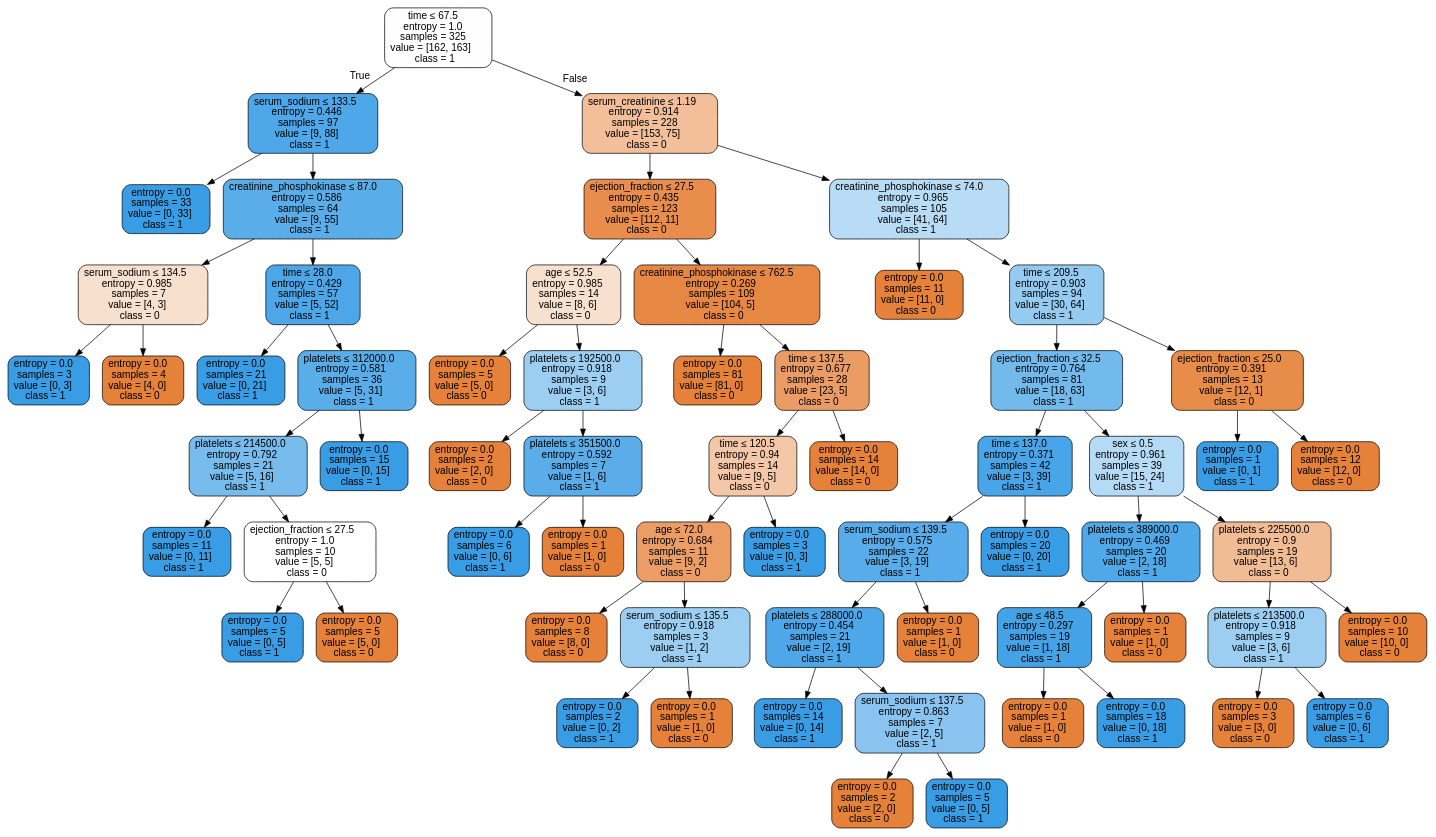
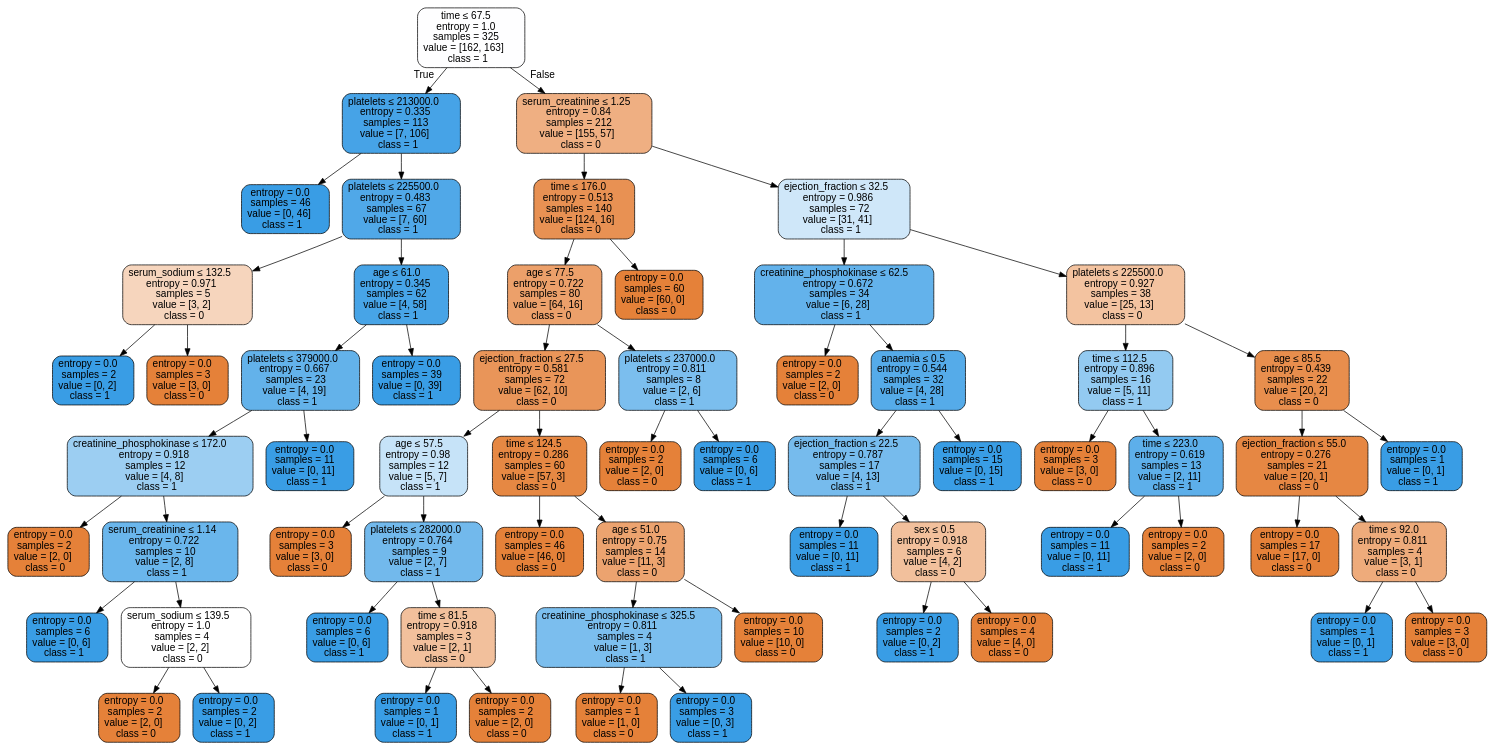
One commit to isabelSoares/CD-2021 changed the diagram in Labs/NewClassifiers/Results/DecisionTrees/SMOTE/ - No Outliers/HFCR - SMOTE - dtree.dot. Above: the diagram before and after it, drawn with Graphviz. The commit also changed 206 other files, not shown here.

```diff
--- a/Labs/NewClassifiers/Results/DecisionTrees/SMOTE/ - No Outliers/HFCR - SMOTE - dtree.dot
+++ b/Labs/NewClassifiers/Results/DecisionTrees/SMOTE/ - No Outliers/HFCR - SMOTE - dtree.dot
@@ -2,128 +2,128 @@
 node [shape=box, style="filled, rounded", color="black", fontname=helvetica] ;
 edge [fontname=helvetica] ;
 0 [label=<time &le; 67.5<br/>entropy = 1.0<br/>samples = 325<br/>value = [162, 163]<br/>class = 1>, fillcolor="#fefeff"] ;
-1 [label=<serum_sodium &le; 133.5<br/>entropy = 0.446<br/>samples = 97<br/>value = [9, 88]<br/>class = 1>, fillcolor="#4da7e8"] ;
+1 [label=<platelets &le; 213000.0<br/>entropy = 0.335<br/>samples = 113<br/>value = [7, 106]<br/>class = 1>, fillcolor="#46a3e7"] ;
 0 -> 1 [labeldistance=2.5, labelangle=45, headlabel="True"] ;
-2 [label=<entropy = 0.0<br/>samples = 33<br/>value = [0, 33]<br/>class = 1>, fillcolor="#399de5"] ;
+2 [label=<entropy = 0.0<br/>samples = 46<br/>value = [0, 46]<br/>class = 1>, fillcolor="#399de5"] ;
 1 -> 2 ;
-3 [label=<creatinine_phosphokinase &le; 87.0<br/>entropy = 0.586<br/>samples = 64<br/>value = [9, 55]<br/>class = 1>, fillcolor="#59ade9"] ;
+3 [label=<platelets &le; 225500.0<br/>entropy = 0.483<br/>samples = 67<br/>value = [7, 60]<br/>class = 1>, fillcolor="#50a8e8"] ;
 1 -> 3 ;
-4 [label=<serum_sodium &le; 134.5<br/>entropy = 0.985<br/>samples = 7<br/>value = [4, 3]<br/>class = 0>, fillcolor="#f8e0ce"] ;
+4 [label=<serum_sodium &le; 132.5<br/>entropy = 0.971<br/>samples = 5<br/>value = [3, 2]<br/>class = 0>, fillcolor="#f6d5bd"] ;
 3 -> 4 ;
-5 [label=<entropy = 0.0<br/>samples = 3<br/>value = [0, 3]<br/>class = 1>, fillcolor="#399de5"] ;
+5 [label=<entropy = 0.0<br/>samples = 2<br/>value = [0, 2]<br/>class = 1>, fillcolor="#399de5"] ;
 4 -> 5 ;
-6 [label=<entropy = 0.0<br/>samples = 4<br/>value = [4, 0]<br/>class = 0>, fillcolor="#e58139"] ;
+6 [label=<entropy = 0.0<br/>samples = 3<br/>value = [3, 0]<br/>class = 0>, fillcolor="#e58139"] ;
 4 -> 6 ;
-7 [label=<time &le; 28.0<br/>entropy = 0.429<br/>samples = 57<br/>value = [5, 52]<br/>class = 1>, fillcolor="#4ca6e8"] ;
+7 [label=<age &le; 61.0<br/>entropy = 0.345<br/>samples = 62<br/>value = [4, 58]<br/>class = 1>, fillcolor="#47a4e7"] ;
 3 -> 7 ;
-8 [label=<entropy = 0.0<br/>samples = 21<br/>value = [0, 21]<br/>class = 1>, fillcolor="#399de5"] ;
+8 [label=<platelets &le; 379000.0<br/>entropy = 0.667<br/>samples = 23<br/>value = [4, 19]<br/>class = 1>, fillcolor="#63b2ea"] ;
 7 -> 8 ;
-9 [label=<platelets &le; 312000.0<br/>entropy = 0.581<br/>samples = 36<br/>value = [5, 31]<br/>class = 1>, fillcolor="#59ade9"] ;
-7 -> 9 ;
-10 [label=<platelets &le; 214500.0<br/>entropy = 0.792<br/>samples = 21<br/>value = [5, 16]<br/>class = 1>, fillcolor="#77bced"] ;
+9 [label=<creatinine_phosphokinase &le; 172.0<br/>entropy = 0.918<br/>samples = 12<br/>value = [4, 8]<br/>class = 1>, fillcolor="#9ccef2"] ;
+8 -> 9 ;
+10 [label=<entropy = 0.0<br/>samples = 2<br/>value = [2, 0]<br/>class = 0>, fillcolor="#e58139"] ;
 9 -> 10 ;
-11 [label=<entropy = 0.0<br/>samples = 11<br/>value = [0, 11]<br/>class = 1>, fillcolor="#399de5"] ;
-10 -> 11 ;
-12 [label=<ejection_fraction &le; 27.5<br/>entropy = 1.0<br/>samples = 10<br/>value = [5, 5]<br/>class = 0>, fillcolor="#ffffff"] ;
-10 -> 12 ;
-13 [label=<entropy = 0.0<br/>samples = 5<br/>value = [0, 5]<br/>class = 1>, fillcolor="#399de5"] ;
-12 -> 13 ;
-14 [label=<entropy = 0.0<br/>samples = 5<br/>value = [5, 0]<br/>class = 0>, fillcolor="#e58139"] ;
-12 -> 14 ;
-15 [label=<entropy = 0.0<br/>samples = 15<br/>value = [0, 15]<br/>class = 1>, fillcolor="#399de5"] ;
-9 -> 15 ;
-16 [label=<serum_creatinine &le; 1.19<br/>entropy = 0.914<br/>samples = 228<br/>value = [153, 75]<br/>class = 0>, fillcolor="#f2bf9a"] ;
-0 -> 16 [labeldistance=2.5, labelangle=-45, headlabel="False"] ;
-17 [label=<ejection_fraction &le; 27.5<br/>entropy = 0.435<br/>samples = 123<br/>value = [112, 11]<br/>class = 0>, fillcolor="#e88d4c"] ;
-16 -> 17 ;
-18 [label=<age &le; 52.5<br/>entropy = 0.985<br/>samples = 14<br/>value = [8, 6]<br/>class = 0>, fillcolor="#f8e0ce"] ;
-17 -> 18 ;
-19 [label=<entropy = 0.0<br/>samples = 5<br/>value = [5, 0]<br/>class = 0>, fillcolor="#e58139"] ;
+11 [label=<serum_creatinine &le; 1.14<br/>entropy = 0.722<br/>samples = 10<br/>value = [2, 8]<br/>class = 1>, fillcolor="#6ab6ec"] ;
+9 -> 11 ;
+12 [label=<entropy = 0.0<br/>samples = 6<br/>value = [0, 6]<br/>class = 1>, fillcolor="#399de5"] ;
+11 -> 12 ;
+13 [label=<serum_sodium &le; 139.5<br/>entropy = 1.0<br/>samples = 4<br/>value = [2, 2]<br/>class = 0>, fillcolor="#ffffff"] ;
+11 -> 13 ;
+14 [label=<entropy = 0.0<br/>samples = 2<br/>value = [2, 0]<br/>class = 0>, fillcolor="#e58139"] ;
+13 -> 14 ;
+15 [label=<entropy = 0.0<br/>samples = 2<br/>value = [0, 2]<br/>class = 1>, fillcolor="#399de5"] ;
+13 -> 15 ;
+16 [label=<entropy = 0.0<br/>samples = 11<br/>value = [0, 11]<br/>class = 1>, fillcolor="#399de5"] ;
+8 -> 16 ;
+17 [label=<entropy = 0.0<br/>samples = 39<br/>value = [0, 39]<br/>class = 1>, fillcolor="#399de5"] ;
+7 -> 17 ;
+18 [label=<serum_creatinine &le; 1.25<br/>entropy = 0.84<br/>samples = 212<br/>value = [155, 57]<br/>class = 0>, fillcolor="#efaf82"] ;
+0 -> 18 [labeldistance=2.5, labelangle=-45, headlabel="False"] ;
+19 [label=<time &le; 176.0<br/>entropy = 0.513<br/>samples = 140<br/>value = [124, 16]<br/>class = 0>, fillcolor="#e89153"] ;
 18 -> 19 ;
-20 [label=<platelets &le; 192500.0<br/>entropy = 0.918<br/>samples = 9<br/>value = [3, 6]<br/>class = 1>, fillcolor="#9ccef2"] ;
-18 -> 20 ;
-21 [label=<entropy = 0.0<br/>samples = 2<br/>value = [2, 0]<br/>class = 0>, fillcolor="#e58139"] ;
+20 [label=<age &le; 77.5<br/>entropy = 0.722<br/>samples = 80<br/>value = [64, 16]<br/>class = 0>, fillcolor="#eca06a"] ;
+19 -> 20 ;
+21 [label=<ejection_fraction &le; 27.5<br/>entropy = 0.581<br/>samples = 72<br/>value = [62, 10]<br/>class = 0>, fillcolor="#e99559"] ;
 20 -> 21 ;
-22 [label=<platelets &le; 351500.0<br/>entropy = 0.592<br/>samples = 7<br/>value = [1, 6]<br/>class = 1>, fillcolor="#5aade9"] ;
-20 -> 22 ;
-23 [label=<entropy = 0.0<br/>samples = 6<br/>value = [0, 6]<br/>class = 1>, fillcolor="#399de5"] ;
+22 [label=<age &le; 57.5<br/>entropy = 0.98<br/>samples = 12<br/>value = [5, 7]<br/>class = 1>, fillcolor="#c6e3f8"] ;
+21 -> 22 ;
+23 [label=<entropy = 0.0<br/>samples = 3<br/>value = [3, 0]<br/>class = 0>, fillcolor="#e58139"] ;
 22 -> 23 ;
-24 [label=<entropy = 0.0<br/>samples = 1<br/>value = [1, 0]<br/>class = 0>, fillcolor="#e58139"] ;
+24 [label=<platelets &le; 282000.0<br/>entropy = 0.764<br/>samples = 9<br/>value = [2, 7]<br/>class = 1>, fillcolor="#72b9ec"] ;
 22 -> 24 ;
-25 [label=<creatinine_phosphokinase &le; 762.5<br/>entropy = 0.269<br/>samples = 109<br/>value = [104, 5]<br/>class = 0>, fillcolor="#e68743"] ;
-17 -> 25 ;
-26 [label=<entropy = 0.0<br/>samples = 81<br/>value = [81, 0]<br/>class = 0>, fillcolor="#e58139"] ;
-25 -> 26 ;
-27 [label=<time &le; 137.5<br/>entropy = 0.677<br/>samples = 28<br/>value = [23, 5]<br/>class = 0>, fillcolor="#eb9c64"] ;
-25 -> 27 ;
-28 [label=<time &le; 120.5<br/>entropy = 0.94<br/>samples = 14<br/>value = [9, 5]<br/>class = 0>, fillcolor="#f3c7a7"] ;
-27 -> 28 ;
-29 [label=<age &le; 72.0<br/>entropy = 0.684<br/>samples = 11<br/>value = [9, 2]<br/>class = 0>, fillcolor="#eb9d65"] ;
-28 -> 29 ;
-30 [label=<entropy = 0.0<br/>samples = 8<br/>value = [8, 0]<br/>class = 0>, fillcolor="#e58139"] ;
+25 [label=<entropy = 0.0<br/>samples = 6<br/>value = [0, 6]<br/>class = 1>, fillcolor="#399de5"] ;
+24 -> 25 ;
+26 [label=<time &le; 81.5<br/>entropy = 0.918<br/>samples = 3<br/>value = [2, 1]<br/>class = 0>, fillcolor="#f2c09c"] ;
+24 -> 26 ;
+27 [label=<entropy = 0.0<br/>samples = 1<br/>value = [0, 1]<br/>class = 1>, fillcolor="#399de5"] ;
+26 -> 27 ;
+28 [label=<entropy = 0.0<br/>samples = 2<br/>value = [2, 0]<br/>class = 0>, fillcolor="#e58139"] ;
+26 -> 28 ;
+29 [label=<time &le; 124.5<br/>entropy = 0.286<br/>samples = 60<br/>value = [57, 3]<br/>class = 0>, fillcolor="#e68843"] ;
+21 -> 29 ;
+30 [label=<entropy = 0.0<br/>samples = 46<br/>value = [46, 0]<br/>class = 0>, fillcolor="#e58139"] ;
 29 -> 30 ;
-31 [label=<serum_sodium &le; 135.5<br/>entropy = 0.918<br/>samples = 3<br/>value = [1, 2]<br/>class = 1>, fillcolor="#9ccef2"] ;
+31 [label=<age &le; 51.0<br/>entropy = 0.75<br/>samples = 14<br/>value = [11, 3]<br/>class = 0>, fillcolor="#eca36f"] ;
 29 -> 31 ;
-32 [label=<entropy = 0.0<br/>samples = 2<br/>value = [0, 2]<br/>class = 1>, fillcolor="#399de5"] ;
+32 [label=<creatinine_phosphokinase &le; 325.5<br/>entropy = 0.811<br/>samples = 4<br/>value = [1, 3]<br/>class = 1>, fillcolor="#7bbeee"] ;
 31 -> 32 ;
 33 [label=<entropy = 0.0<br/>samples = 1<br/>value = [1, 0]<br/>class = 0>, fillcolor="#e58139"] ;
-31 -> 33 ;
+32 -> 33 ;
 34 [label=<entropy = 0.0<br/>samples = 3<br/>value = [0, 3]<br/>class = 1>, fillcolor="#399de5"] ;
-28 -> 34 ;
-35 [label=<entropy = 0.0<br/>samples = 14<br/>value = [14, 0]<br/>class = 0>, fillcolor="#e58139"] ;
-27 -> 35 ;
-36 [label=<creatinine_phosphokinase &le; 74.0<br/>entropy = 0.965<br/>samples = 105<br/>value = [41, 64]<br/>class = 1>, fillcolor="#b8dcf6"] ;
-16 -> 36 ;
-37 [label=<entropy = 0.0<br/>samples = 11<br/>value = [11, 0]<br/>class = 0>, fillcolor="#e58139"] ;
+32 -> 34 ;
+35 [label=<entropy = 0.0<br/>samples = 10<br/>value = [10, 0]<br/>class = 0>, fillcolor="#e58139"] ;
+31 -> 35 ;
+36 [label=<platelets &le; 237000.0<br/>entropy = 0.811<br/>samples = 8<br/>value = [2, 6]<br/>class = 1>, fillcolor="#7bbeee"] ;
+20 -> 36 ;
+37 [label=<entropy = 0.0<br/>samples = 2<br/>value = [2, 0]<br/>class = 0>, fillcolor="#e58139"] ;
 36 -> 37 ;
-38 [label=<time &le; 209.5<br/>entropy = 0.903<br/>samples = 94<br/>value = [30, 64]<br/>class = 1>, fillcolor="#96cbf1"] ;
+38 [label=<entropy = 0.0<br/>samples = 6<br/>value = [0, 6]<br/>class = 1>, fillcolor="#399de5"] ;
 36 -> 38 ;
-39 [label=<ejection_fraction &le; 32.5<br/>entropy = 0.764<br/>samples = 81<br/>value = [18, 63]<br/>class = 1>, fillcolor="#72b9ec"] ;
-38 -> 39 ;
-40 [label=<time &le; 137.0<br/>entropy = 0.371<br/>samples = 42<br/>value = [3, 39]<br/>class = 1>, fillcolor="#48a5e7"] ;
-39 -> 40 ;
-41 [label=<serum_sodium &le; 139.5<br/>entropy = 0.575<br/>samples = 22<br/>value = [3, 19]<br/>class = 1>, fillcolor="#58ace9"] ;
+39 [label=<entropy = 0.0<br/>samples = 60<br/>value = [60, 0]<br/>class = 0>, fillcolor="#e58139"] ;
+19 -> 39 ;
+40 [label=<ejection_fraction &le; 32.5<br/>entropy = 0.986<br/>samples = 72<br/>value = [31, 41]<br/>class = 1>, fillcolor="#cfe7f9"] ;
+18 -> 40 ;
+41 [label=<creatinine_phosphokinase &le; 62.5<br/>entropy = 0.672<br/>samples = 34<br/>value = [6, 28]<br/>class = 1>, fillcolor="#63b2eb"] ;
 40 -> 41 ;
-42 [label=<platelets &le; 288000.0<br/>entropy = 0.454<br/>samples = 21<br/>value = [2, 19]<br/>class = 1>, fillcolor="#4ea7e8"] ;
+42 [label=<entropy = 0.0<br/>samples = 2<br/>value = [2, 0]<br/>class = 0>, fillcolor="#e58139"] ;
 41 -> 42 ;
-43 [label=<entropy = 0.0<br/>samples = 14<br/>value = [0, 14]<br/>class = 1>, fillcolor="#399de5"] ;
-42 -> 43 ;
-44 [label=<serum_sodium &le; 137.5<br/>entropy = 0.863<br/>samples = 7<br/>value = [2, 5]<br/>class = 1>, fillcolor="#88c4ef"] ;
-42 -> 44 ;
-45 [label=<entropy = 0.0<br/>samples = 2<br/>value = [2, 0]<br/>class = 0>, fillcolor="#e58139"] ;
+43 [label=<anaemia &le; 0.5<br/>entropy = 0.544<br/>samples = 32<br/>value = [4, 28]<br/>class = 1>, fillcolor="#55abe9"] ;
+41 -> 43 ;
+44 [label=<ejection_fraction &le; 22.5<br/>entropy = 0.787<br/>samples = 17<br/>value = [4, 13]<br/>class = 1>, fillcolor="#76bbed"] ;
+43 -> 44 ;
+45 [label=<entropy = 0.0<br/>samples = 11<br/>value = [0, 11]<br/>class = 1>, fillcolor="#399de5"] ;
 44 -> 45 ;
-46 [label=<entropy = 0.0<br/>samples = 5<br/>value = [0, 5]<br/>class = 1>, fillcolor="#399de5"] ;
+46 [label=<sex &le; 0.5<br/>entropy = 0.918<br/>samples = 6<br/>value = [4, 2]<br/>class = 0>, fillcolor="#f2c09c"] ;
 44 -> 46 ;
-47 [label=<entropy = 0.0<br/>samples = 1<br/>value = [1, 0]<br/>class = 0>, fillcolor="#e58139"] ;
-41 -> 47 ;
-48 [label=<entropy = 0.0<br/>samples = 20<br/>value = [0, 20]<br/>class = 1>, fillcolor="#399de5"] ;
-40 -> 48 ;
-49 [label=<sex &le; 0.5<br/>entropy = 0.961<br/>samples = 39<br/>value = [15, 24]<br/>class = 1>, fillcolor="#b5daf5"] ;
-39 -> 49 ;
-50 [label=<platelets &le; 389000.0<br/>entropy = 0.469<br/>samples = 20<br/>value = [2, 18]<br/>class = 1>, fillcolor="#4fa8e8"] ;
-49 -> 50 ;
-51 [label=<age &le; 48.5<br/>entropy = 0.297<br/>samples = 19<br/>value = [1, 18]<br/>class = 1>, fillcolor="#44a2e6"] ;
+47 [label=<entropy = 0.0<br/>samples = 2<br/>value = [0, 2]<br/>class = 1>, fillcolor="#399de5"] ;
+46 -> 47 ;
+48 [label=<entropy = 0.0<br/>samples = 4<br/>value = [4, 0]<br/>class = 0>, fillcolor="#e58139"] ;
+46 -> 48 ;
+49 [label=<entropy = 0.0<br/>samples = 15<br/>value = [0, 15]<br/>class = 1>, fillcolor="#399de5"] ;
+43 -> 49 ;
+50 [label=<platelets &le; 225500.0<br/>entropy = 0.927<br/>samples = 38<br/>value = [25, 13]<br/>class = 0>, fillcolor="#f3c3a0"] ;
+40 -> 50 ;
+51 [label=<time &le; 112.5<br/>entropy = 0.896<br/>samples = 16<br/>value = [5, 11]<br/>class = 1>, fillcolor="#93caf1"] ;
 50 -> 51 ;
-52 [label=<entropy = 0.0<br/>samples = 1<br/>value = [1, 0]<br/>class = 0>, fillcolor="#e58139"] ;
+52 [label=<entropy = 0.0<br/>samples = 3<br/>value = [3, 0]<br/>class = 0>, fillcolor="#e58139"] ;
 51 -> 52 ;
-53 [label=<entropy = 0.0<br/>samples = 18<br/>value = [0, 18]<br/>class = 1>, fillcolor="#399de5"] ;
+53 [label=<time &le; 223.0<br/>entropy = 0.619<br/>samples = 13<br/>value = [2, 11]<br/>class = 1>, fillcolor="#5dafea"] ;
 51 -> 53 ;
-54 [label=<entropy = 0.0<br/>samples = 1<br/>value = [1, 0]<br/>class = 0>, fillcolor="#e58139"] ;
-50 -> 54 ;
-55 [label=<platelets &le; 225500.0<br/>entropy = 0.9<br/>samples = 19<br/>value = [13, 6]<br/>class = 0>, fillcolor="#f1bb94"] ;
-49 -> 55 ;
-56 [label=<platelets &le; 213500.0<br/>entropy = 0.918<br/>samples = 9<br/>value = [3, 6]<br/>class = 1>, fillcolor="#9ccef2"] ;
-55 -> 56 ;
-57 [label=<entropy = 0.0<br/>samples = 3<br/>value = [3, 0]<br/>class = 0>, fillcolor="#e58139"] ;
+54 [label=<entropy = 0.0<br/>samples = 11<br/>value = [0, 11]<br/>class = 1>, fillcolor="#399de5"] ;
+53 -> 54 ;
+55 [label=<entropy = 0.0<br/>samples = 2<br/>value = [2, 0]<br/>class = 0>, fillcolor="#e58139"] ;
+53 -> 55 ;
+56 [label=<age &le; 85.5<br/>entropy = 0.439<br/>samples = 22<br/>value = [20, 2]<br/>class = 0>, fillcolor="#e88e4d"] ;
+50 -> 56 ;
+57 [label=<ejection_fraction &le; 55.0<br/>entropy = 0.276<br/>samples = 21<br/>value = [20, 1]<br/>class = 0>, fillcolor="#e68743"] ;
 56 -> 57 ;
-58 [label=<entropy = 0.0<br/>samples = 6<br/>value = [0, 6]<br/>class = 1>, fillcolor="#399de5"] ;
-56 -> 58 ;
-59 [label=<entropy = 0.0<br/>samples = 10<br/>value = [10, 0]<br/>class = 0>, fillcolor="#e58139"] ;
-55 -> 59 ;
-60 [label=<ejection_fraction &le; 25.0<br/>entropy = 0.391<br/>samples = 13<br/>value = [12, 1]<br/>class = 0>, fillcolor="#e78c49"] ;
-38 -> 60 ;
-61 [label=<entropy = 0.0<br/>samples = 1<br/>value = [0, 1]<br/>class = 1>, fillcolor="#399de5"] ;
-60 -> 61 ;
-62 [label=<entropy = 0.0<br/>samples = 12<br/>value = [12, 0]<br/>class = 0>, fillcolor="#e58139"] ;
-60 -> 62 ;
+58 [label=<entropy = 0.0<br/>samples = 17<br/>value = [17, 0]<br/>class = 0>, fillcolor="#e58139"] ;
+57 -> 58 ;
+59 [label=<time &le; 92.0<br/>entropy = 0.811<br/>samples = 4<br/>value = [3, 1]<br/>class = 0>, fillcolor="#eeab7b"] ;
+57 -> 59 ;
+60 [label=<entropy = 0.0<br/>samples = 1<br/>value = [0, 1]<br/>class = 1>, fillcolor="#399de5"] ;
+59 -> 60 ;
+61 [label=<entropy = 0.0<br/>samples = 3<br/>value = [3, 0]<br/>class = 0>, fillcolor="#e58139"] ;
+59 -> 61 ;
+62 [label=<entropy = 0.0<br/>samples = 1<br/>value = [0, 1]<br/>class = 1>, fillcolor="#399de5"] ;
+56 -> 62 ;
 }
```
